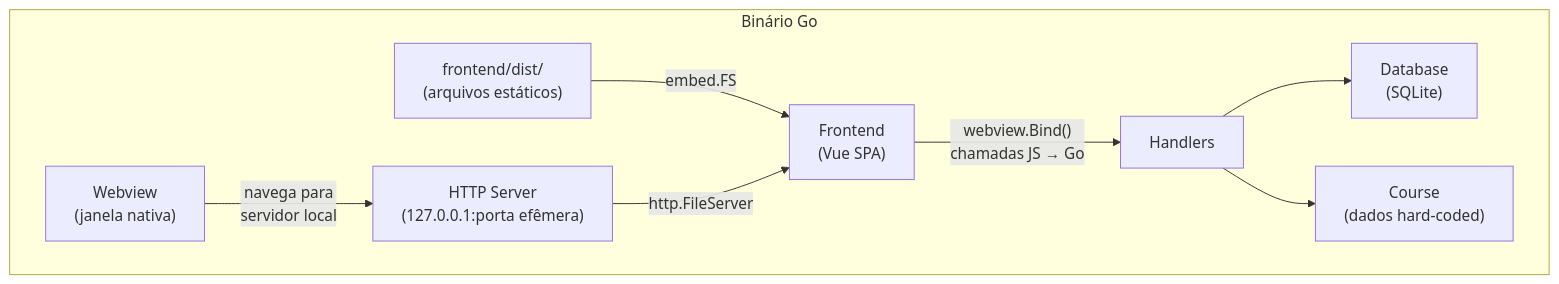
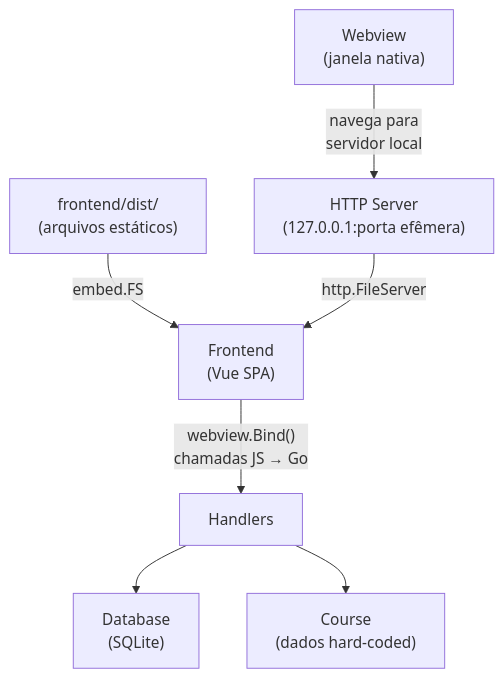
Before and after one commit to walissonaguirra/gotrack-youtube: the diagram in README.md, drawn with Mermaid. The commit also changed other lines of this file, not shown here.

Commit message:
docs: atualliza README.md

````diff
--- a/README.md
+++ b/README.md
@@ -106,11 +107,9 @@
 ```mermaid
 graph TD
-    subgraph Binário Go
-        DIST["frontend/dist/<br>(arquivos estáticos)"] -->|embed.FS| FRONTEND["Frontend<br>(Vue SPA)"]
-        FRONTEND -->|"webview.Bind()<br>chamadas JS → Go"| HANDLERS[Handlers]
-        HANDLERS --> DB["Database<br>(SQLite)"]
-        HANDLERS --> COURSE["Course<br>(dados hard-coded)"]
-        HTTP["HTTP Server<br>(127.0.0.1:porta efêmera)"] -->|"http.FileServer"| FRONTEND
-        WEBVIEW["Webview<br>(janela nativa)"] -->|"navega para<br>servidor local"| HTTP
-    end
+    DIST["frontend/dist/<br>(arquivos estáticos)"] -->|embed.FS| FRONTEND["Frontend<br>(Vue SPA)"]
+    FRONTEND -->|"webview.Bind()<br>chamadas JS → Go"| HANDLERS[Handlers]
+    HANDLERS --> DB["Database<br>(SQLite)"]
+    HANDLERS --> COURSE["Course<br>(dados hard-coded)"]
+    HTTP["HTTP Server<br>(127.0.0.1:porta efêmera)"] -->|"http.FileServer"| FRONTEND
+    WEBVIEW["Webview<br>(janela nativa)"] -->|"navega para<br>servidor local"| HTTP
 ```
````
